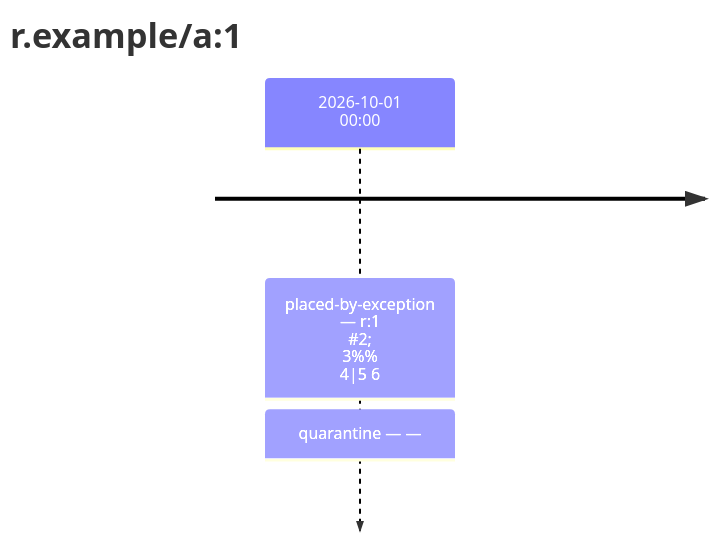
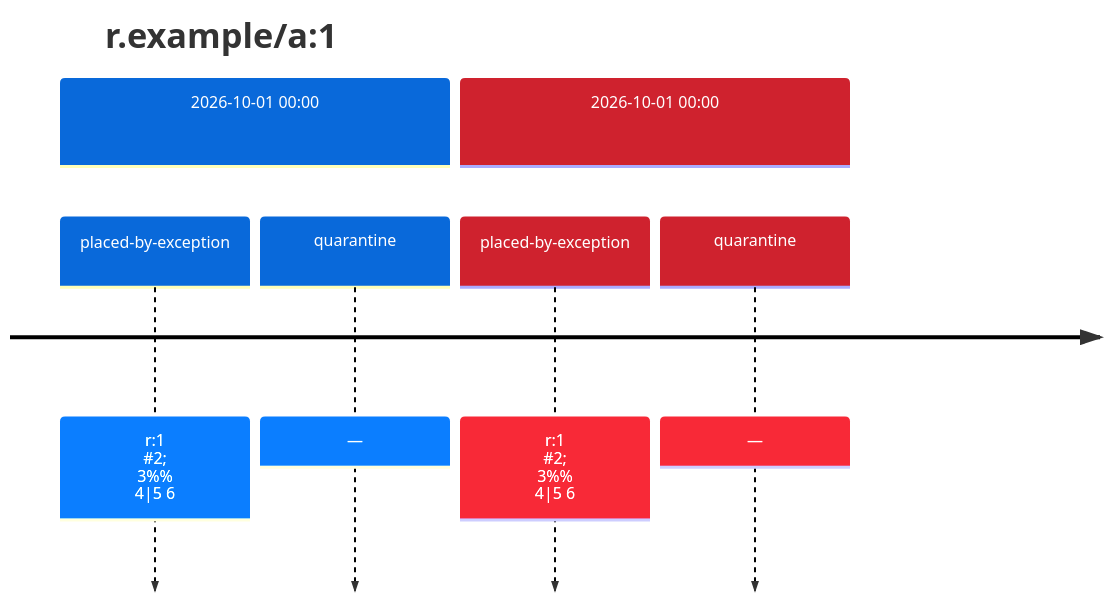
One commit to trivoallan/uske changed the diagram in tests/golden/decisions-escape.md. Above: the diagram before and after it, drawn with Mermaid. The commit also changed 4 other files, not shown here.

````diff
--- a/tests/golden/decisions-escape.md
+++ b/tests/golden/decisions-escape.md
@@ -5,5 +5,9 @@
 ```mermaid
+%%{init: {"theme": "default", "themeVariables": {"cScale0": "#0969da", "cScaleLabel0": "#ffffff", "cScale1": "#cf222e", "cScaleLabel1": "#ffffff"}}}%%
 timeline
     title r.example/a#58;1
-    2026-10-01 00#58;00 : placed-by-exception — r#58;1 #35;2#59; 3#37;#37; 4|5 6 : quarantine — —
+    section 2026-10-01 00#58;00
+        placed-by-exception : r#58;1 #35;2#59; 3#37;#37; 4|5 6
+    section 2026-10-01 00#58;00
+        quarantine : —
 ```
````
